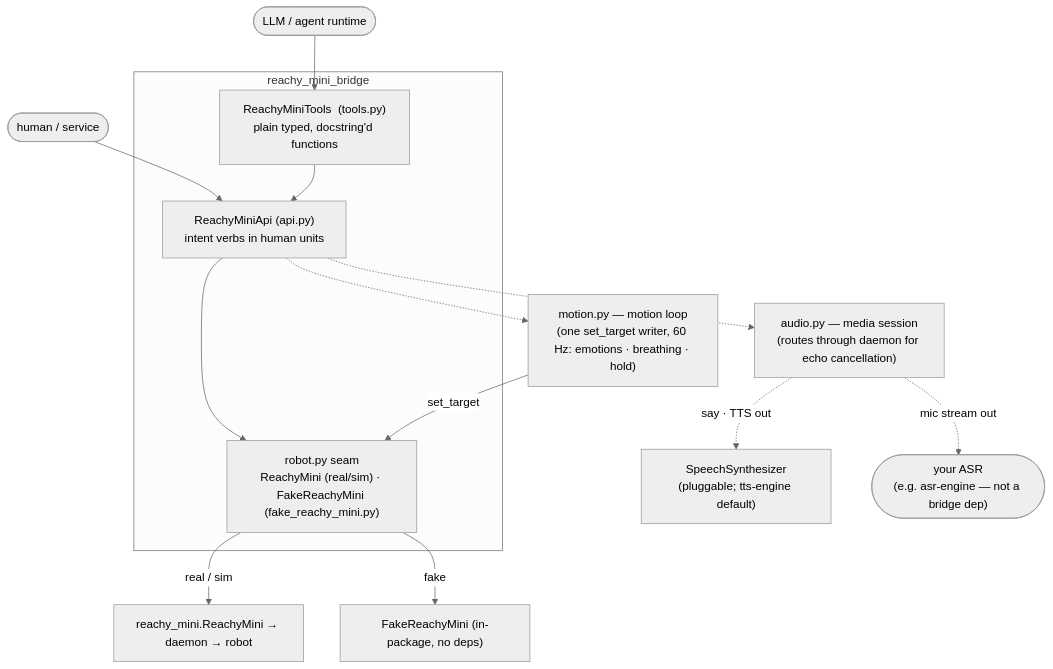
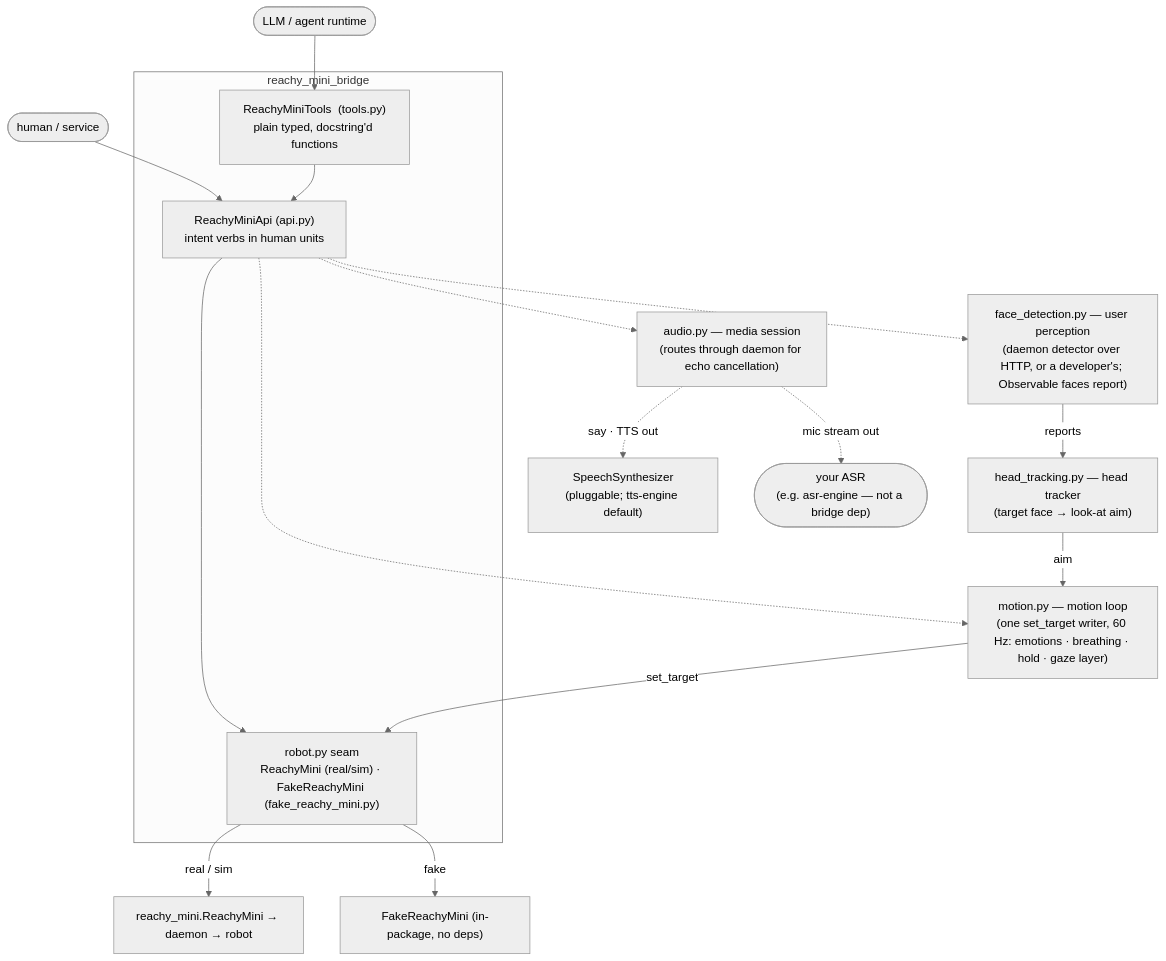
One commit to funwithagents/reachy-mini-bridge changed the diagram in specs/_overview.md. Above: the diagram before and after it, drawn with Mermaid (neutral theme). The commit also changed other lines of this file and 39 other files, not shown here.

````diff
--- a/specs/_overview.md
+++ b/specs/_overview.md
@@ -13,18 +13,21 @@
 ```mermaid
 flowchart TD
     agent([LLM / agent runtime]) --> tools
     caller([human / service]) --> api
     subgraph bridge["reachy_mini_bridge"]
         tools["ReachyMiniTools  (tools.py)<br/>plain typed, docstring'd functions"]
         api["ReachyMiniApi  (api.py)<br/>intent verbs in human units"]
         client["robot.py seam<br/>ReachyMini (real/sim) · FakeReachyMini (fake_reachy_mini.py)"]
         tools --> api --> client
     end
     client -->|real / sim| upstream["reachy_mini.ReachyMini → daemon → robot"]
     client -->|fake| fake["FakeReachyMini (in-package, no deps)"]
     api -.-> audio["audio.py — media session<br/>(routes through daemon for echo cancellation)"]
-    api -.-> motion["motion.py — motion loop<br/>(one set_target writer, 60 Hz: emotions · breathing · hold)"]
+    api -.-> motion["motion.py — motion loop<br/>(one set_target writer, 60 Hz: emotions · breathing · hold · gaze layer)"]
+    api -.-> faces["face_detection.py — user perception<br/>(daemon detector over HTTP, or a developer's; Observable faces report)"]
+    faces -->|reports| tracker["head_tracking.py — head tracker<br/>(target face → look-at aim)"]
+    tracker -->|aim| motion
     motion -->|set_target| client
     audio -.->|say · TTS out| synth["SpeechSynthesizer<br/>(pluggable; tts-engine default)"]
     audio -.->|mic stream out| yourasr(["your ASR<br/>(e.g. asr-engine — not a bridge dep)"])
 ```
````
